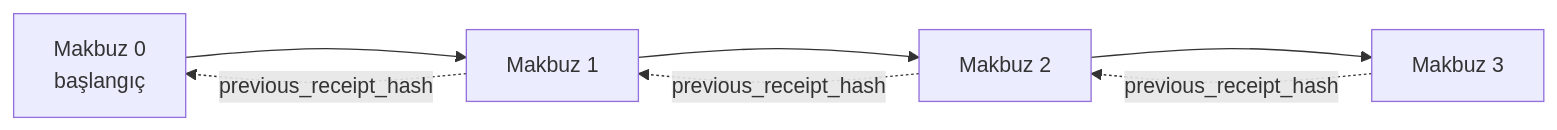
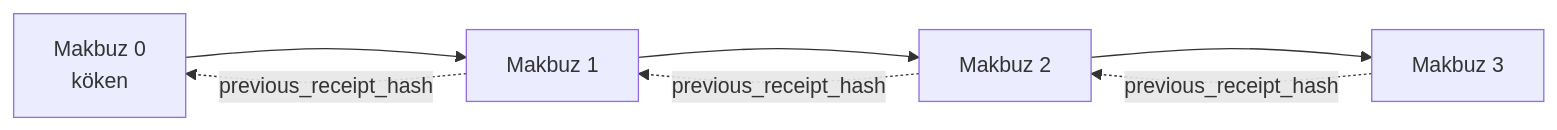
Before and after one commit to microsoft/ai-agents-for-beginners: the second of 2 diagrams in translations/tr/18-securing-ai-agents/README.md, drawn with Mermaid. The commit also changed other lines of this file and 47 other files, not shown here.

````diff
--- a/translations/tr/18-securing-ai-agents/README.md
+++ b/translations/tr/18-securing-ai-agents/README.md
@@ -206,9 +203,9 @@
 ```mermaid
 flowchart LR
-    R0[Makbuz 0<br/>başlangıç] --> R1[Makbuz 1]
+    R0[Makbuz 0<br/>köken] --> R1[Makbuz 1]
     R1 --> R2[Makbuz 2]
     R2 --> R3[Makbuz 3]
     R1 -. previous_receipt_hash .-> R0
     R2 -. previous_receipt_hash .-> R1
     R3 -. previous_receipt_hash .-> R2
 ```
````
